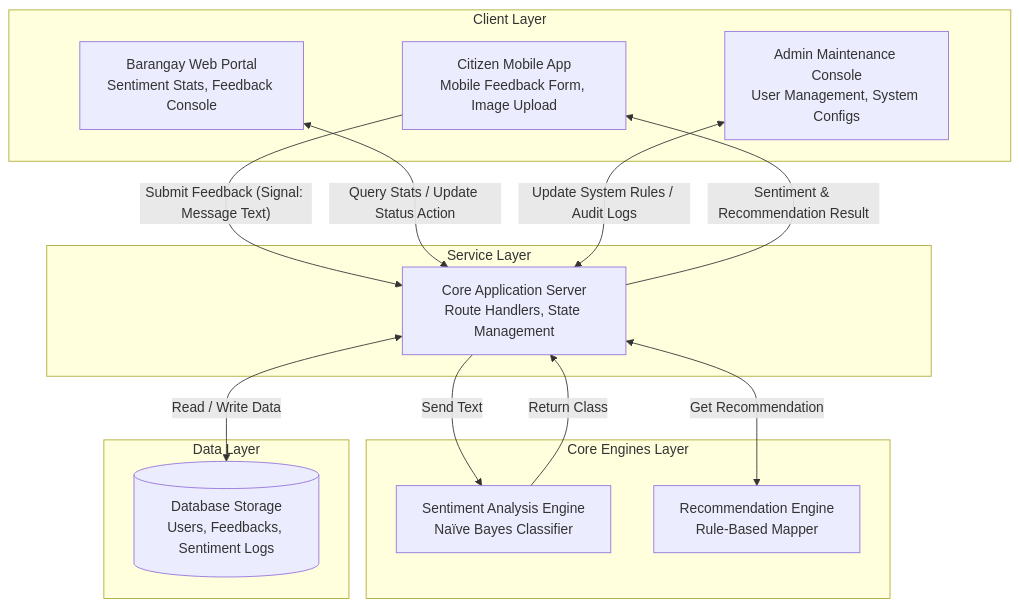
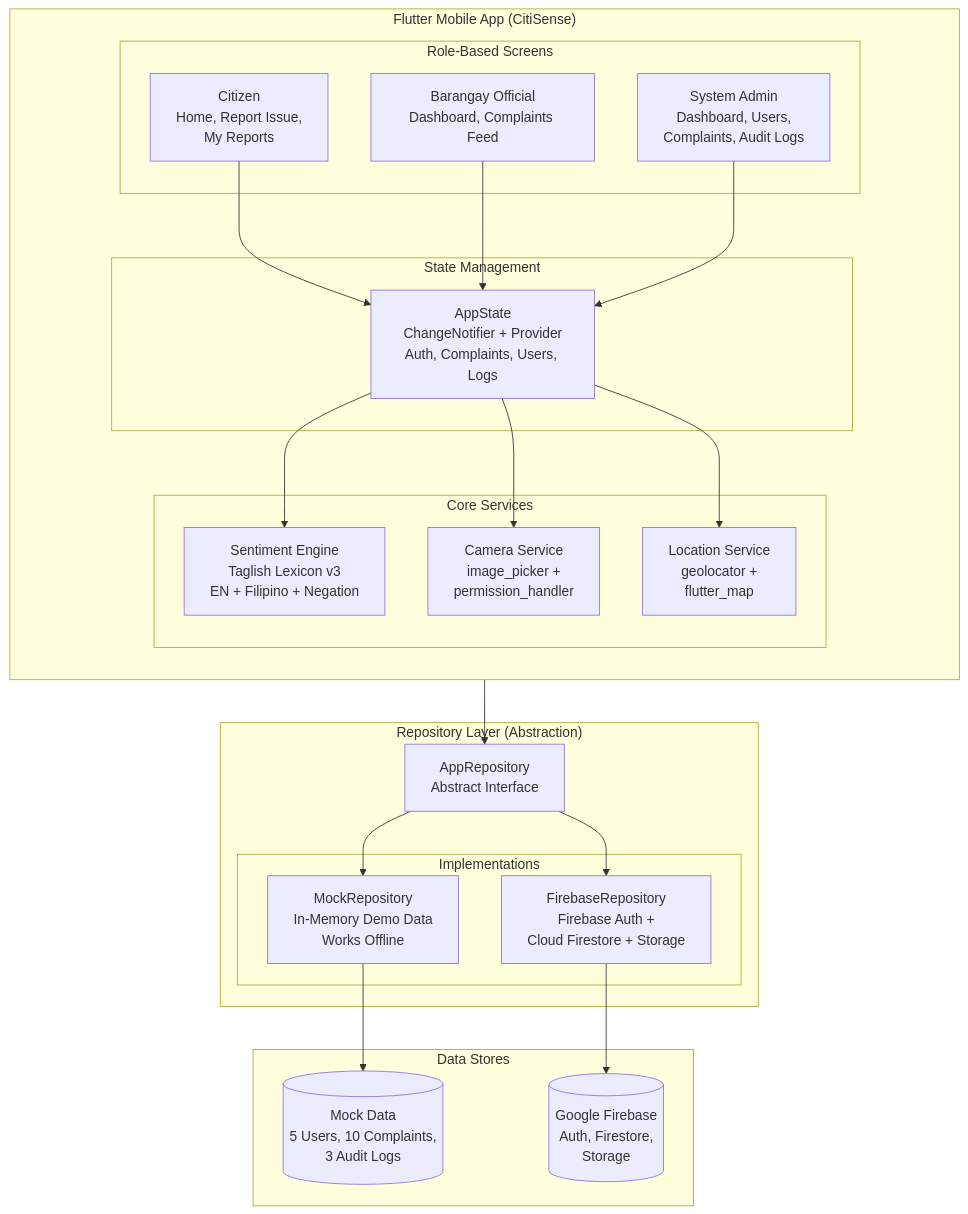
Before and after one commit to TimJohn05/Citisense: the first of 5 diagrams in citisense/docs/citisense_mermaid.md, drawn with Mermaid. The commit also changed other lines of this file and 23 other files, not shown here.

First line of the commit message:
Update all docs: architecture, use case, DFDs, Gantt, testing, sentiment

````diff
--- a/citisense/docs/citisense_mermaid.md
+++ b/citisense/docs/citisense_mermaid.md
@@ -38,34 +9,44 @@
 ```mermaid
 flowchart TD
-    subgraph Client Layer
-        C[Citizen Mobile App<br>Mobile Feedback Form, Image Upload]
-        B[Barangay Web Portal<br>Sentiment Stats, Feedback Console]
-        A[Admin Maintenance Console<br>User Management, System Configs]
+    subgraph Mobile["Flutter Mobile App (CitiSense)"]
+        direction TB
+        subgraph Screens["Role-Based Screens"]
+            C[Citizen<br>Home, Report Issue,<br>My Reports]
+            O[Barangay Official<br>Dashboard, Complaints Feed]
+            A[System Admin<br>Dashboard, Users,<br>Complaints, Audit Logs]
+        end
+
+        subgraph State["State Management"]
+            AS[AppState<br>ChangeNotifier + Provider<br>Auth, Complaints, Users, Logs]
+        end
+
+        subgraph Engines["Core Services"]
+            SE[Sentiment Engine<br>Taglish Lexicon v3<br>EN + Filipino + Negation]
+            CS[Camera Service<br>image_picker +<br>permission_handler]
+            LS[Location Service<br>geolocator +<br>flutter_map]
+        end
     end
 
-    subgraph Service Layer
-        S[Core Application Server<br>Route Handlers, State Management]
+    subgraph Repo["Repository Layer (Abstraction)"]
+        R[AppRepository<br>Abstract Interface]
+        subgraph Impl["Implementations"]
+            MR[MockRepository<br>In-Memory Demo Data<br>Works Offline]
+            FR[FirebaseRepository<br>Firebase Auth +<br>Cloud Firestore + Storage]
+        end
     end
 
-    subgraph Core Engines Layer
-        SE[Sentiment Analysis Engine<br>Naïve Bayes Classifier]
-        RE[Recommendation Engine<br>Rule-Based Mapper]
+    subgraph Data["Data Stores"]
+        MD[(Mock Data<br>5 Users, 10 Complaints,<br>3 Audit Logs)]
+        FB[(Google Firebase<br>Auth, Firestore,<br>Storage)]
     end
 
-    subgraph Data Layer
-        DB[(Database Storage<br>Users, Feedbacks, Sentiment Logs)]
-    end
-
-    C -- "Submit Feedback (Signal: Message Text)" --> S
-    S -- "Sentiment & Recommendation Result" --> C
-    
-    B <-- "Query Stats / Update Status Action" --> S
-    A <-- "Update System Rules / Audit Logs" --> S
-
-    S -- "Send Text" --> SE
-    SE -- "Return Class" --> S
-
-    S <-- "Get Recommendation" --> RE
-    
-    S <-- "Read / Write Data" --> DB
+    C & O & A --> AS
+    AS --> SE
+    AS --> CS
+    AS --> LS
+    AS --> R
+    R --> MR
+    R --> FR
+    MR --> MD
+    FR --> FB
 ```
````
